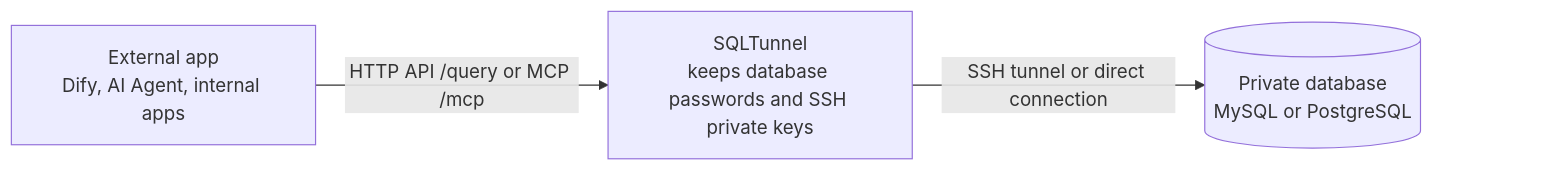
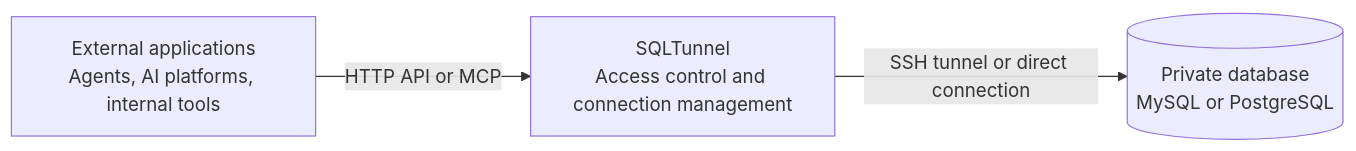
The diagram in README.md (NemoAlex/SQLTunnel), drawn with Mermaid before and after one commit. The commit also changed other lines of this file and 5 other files, not shown here.

````diff
--- a/README.md
+++ b/README.md
@@ -27,14 +20,9 @@
 ```mermaid
 flowchart LR
-  ExternalApp["External app<br/>Dify, AI Agent, internal apps"]
-  SQLTunnel["SQLTunnel<br/>keeps database passwords and SSH private keys"]
+  ExternalApp["External applications<br/>Agents, AI platforms, internal tools"]
+  SQLTunnel["SQLTunnel<br/>Access control and connection management"]
   Database[("Private database<br/>MySQL or PostgreSQL")]
-  Padding[" "]
 
-  ExternalApp -->|"HTTP API /query or MCP /mcp"| SQLTunnel
+  ExternalApp -->|"HTTP API or MCP"| SQLTunnel
   SQLTunnel -->|"SSH tunnel or direct connection"| Database
-  Database ~~~ Padding
-
-  style Padding fill:transparent,stroke:transparent
-  linkStyle 2 stroke:transparent
 ```
````
